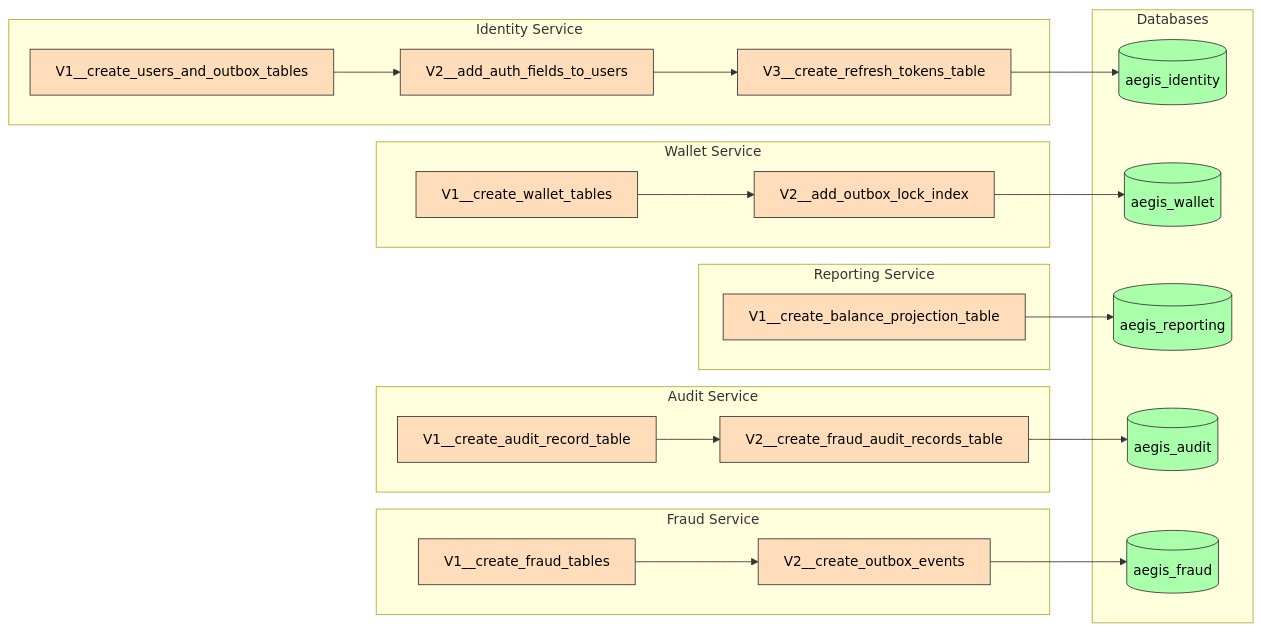
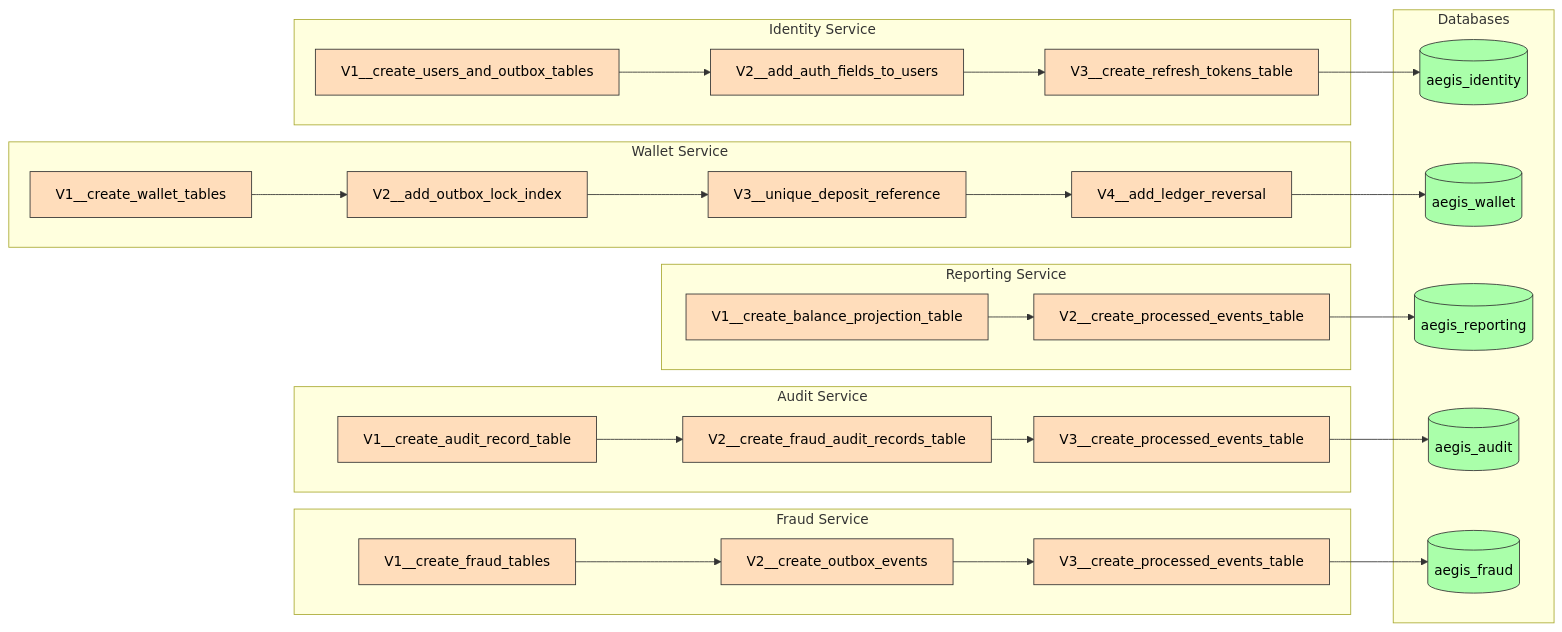
The diagram in docs/obsidian/05 - Infrastructure/Flyway Migrations.md (AlexAlvarezGallardo-GitHub/Aegis), drawn with Mermaid before and after one commit. The commit also changed other lines of this file and 87 other files, not shown here.

````diff
--- a/docs/obsidian/05 - Infrastructure/Flyway Migrations.md
+++ b/docs/obsidian/05 - Infrastructure/Flyway Migrations.md
@@ -9,54 +9,65 @@
 ```mermaid
 graph LR
     subgraph "Identity Service"
         IV1["V1__create_users_and_outbox_tables"]
         IV2["V2__add_auth_fields_to_users"]
         IV3["V3__create_refresh_tokens_table"]
         IV1 --> IV2 --> IV3
     end
     subgraph "Wallet Service"
         WV1["V1__create_wallet_tables"]
         WV2["V2__add_outbox_lock_index"]
-        WV1 --> WV2
+        WV3["V3__unique_deposit_reference"]
+        WV4["V4__add_ledger_reversal"]
+        WV1 --> WV2 --> WV3 --> WV4
     end
     subgraph "Reporting Service"
         RV1["V1__create_balance_projection_table"]
+        RV2["V2__create_processed_events_table"]
+        RV1 --> RV2
     end
     subgraph "Audit Service"
         AV1["V1__create_audit_record_table"]
         AV2["V2__create_fraud_audit_records_table"]
-        AV1 --> AV2
+        AV3["V3__create_processed_events_table"]
+        AV1 --> AV2 --> AV3
     end
     subgraph "Fraud Service"
         FV1["V1__create_fraud_tables"]
         FV2["V2__create_outbox_events"]
-        FV1 --> FV2
+        FV3["V3__create_processed_events_table"]
+        FV1 --> FV2 --> FV3
     end
     subgraph "Databases"
         IDDB[(aegis_identity)]
         WDB[(aegis_wallet)]
         RDB[(aegis_reporting)]
         ADB[(aegis_audit)]
         FDB[(aegis_fraud)]
     end
     IV3 --> IDDB
-    WV2 --> WDB
-    RV1 --> RDB
-    AV2 --> ADB
-    FV2 --> FDB
+    WV4 --> WDB
+    RV2 --> RDB
+    AV3 --> ADB
+    FV3 --> FDB
     style IDDB fill:#afa,stroke:#333,color:#000
     style WDB fill:#afa,stroke:#333,color:#000
     style RDB fill:#afa,stroke:#333,color:#000
     style ADB fill:#afa,stroke:#333,color:#000
     style FDB fill:#afa,stroke:#333,color:#000
     style IV1 fill:#fdb,stroke:#333,color:#000
     style IV2 fill:#fdb,stroke:#333,color:#000
     style IV3 fill:#fdb,stroke:#333,color:#000
     style WV1 fill:#fdb,stroke:#333,color:#000
     style WV2 fill:#fdb,stroke:#333,color:#000
+    style WV3 fill:#fdb,stroke:#333,color:#000
+    style WV4 fill:#fdb,stroke:#333,color:#000
     style RV1 fill:#fdb,stroke:#333,color:#000
+    style RV2 fill:#fdb,stroke:#333,color:#000
     style AV1 fill:#fdb,stroke:#333,color:#000
     style AV2 fill:#fdb,stroke:#333,color:#000
+    style AV3 fill:#fdb,stroke:#333,color:#000
     style FV1 fill:#fdb,stroke:#333,color:#000
     style FV2 fill:#fdb,stroke:#333,color:#000
+    style FV3 fill:#fdb,stroke:#333,color:#000
 ```
````
